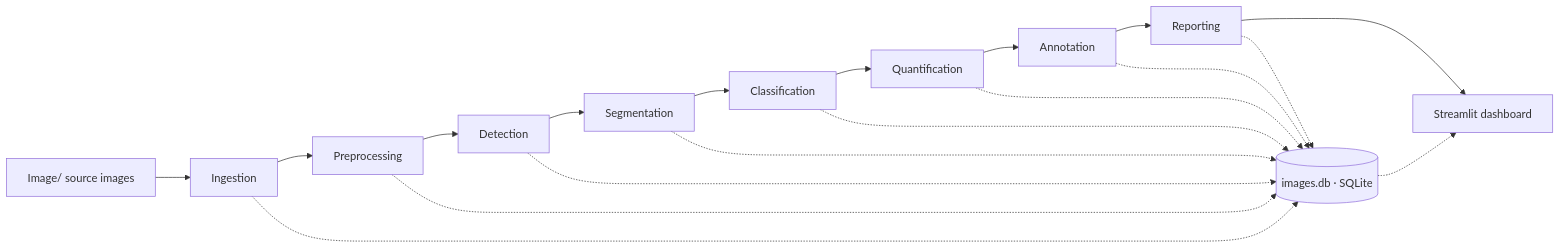
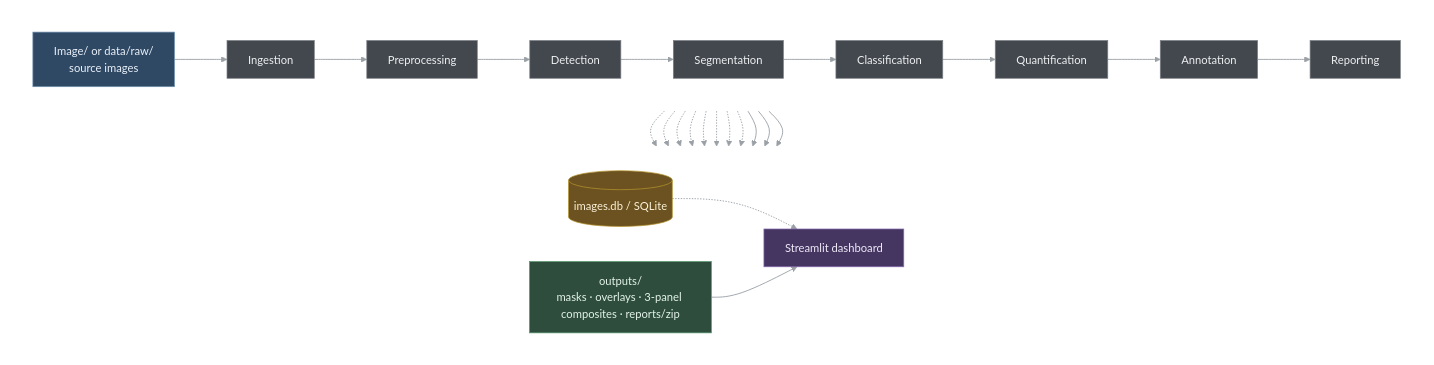
The diagram in README.md (djimrastephane/GP_Screens_Analysis), drawn with Mermaid before and after one commit. The commit also changed other lines of this file, not shown here.

````diff
--- a/README.md
+++ b/README.md
@@ -44,23 +48,40 @@
 ```mermaid
-flowchart LR
-    IMG[Image/ source images] --> ING[Ingestion]
-    ING --> PRE[Preprocessing]
-    PRE --> DET[Detection]
-    DET --> SEG[Segmentation]
-    SEG --> CLS[Classification]
-    CLS --> QNT[Quantification]
-    QNT --> ANN[Annotation]
-    ANN --> REP[Reporting]
-    REP --> APP[Streamlit dashboard]
+flowchart TB
+    classDef input fill:#2f4863,stroke:#6f93b3,color:#eaf2fb,stroke-width:1px;
+    classDef stage fill:#43484e,stroke:#7a7f85,color:#eef0f2,stroke-width:1px;
+    classDef storage fill:#6b5220,stroke:#b8952f,color:#fbf1d9,stroke-width:1px;
+    classDef artifact fill:#2f4d3c,stroke:#5c9a72,color:#e3f3ea,stroke-width:1px;
+    classDef dash fill:#443660,stroke:#8a6bb0,color:#f1e9fa,stroke-width:1px;
 
-    DB[(images.db · SQLite)]
+    subgraph ROW1[" "]
+        direction LR
+        IMG["Image/ or data/raw/<br/>source images"]:::input --> ING[Ingestion]:::stage --> PRE[Preprocessing]:::stage --> DET[Detection]:::stage --> SEG[Segmentation]:::stage --> CLS[Classification]:::stage --> QNT[Quantification]:::stage --> ANN[Annotation]:::stage --> REP[Reporting]:::stage
+    end
+
+    subgraph ROW2[" "]
+        direction LR
+        DB[("images.db / SQLite")]:::storage
+        OUT["outputs/<br/>masks · overlays · 3-panel composites · reports/zip"]:::artifact
+        APP["Streamlit dashboard"]:::dash
+    end
+
     ING -.-> DB
     PRE -.-> DB
     DET -.-> DB
     SEG -.-> DB
     CLS -.-> DB
     QNT -.-> DB
     ANN -.-> DB
     REP -.-> DB
+
+    SEG ==> OUT
+    ANN ==> OUT
+    REP ==> OUT
+
     DB -.-> APP
+    OUT ==> APP
+
+    style ROW1 fill:none,stroke:none
+    style ROW2 fill:none,stroke:none
+    linkStyle default stroke:#9aa0a6,stroke-width:1.3px;
 ```
````
